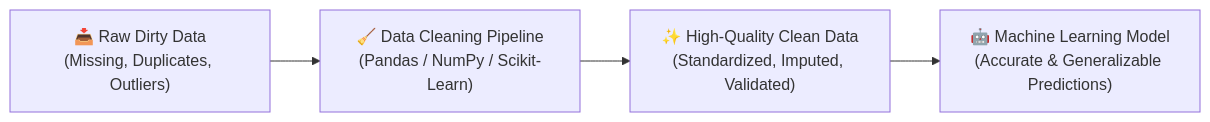
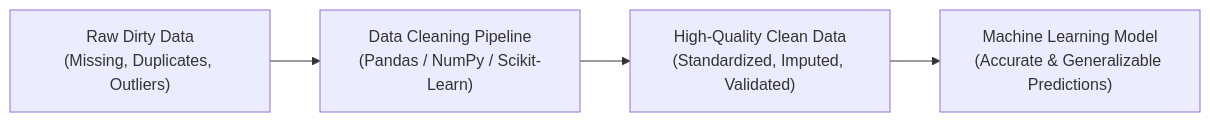
One commit to kuranne/CSTU40 changed the diagram in Year 2/Semester 1/CS240 - Data Science/Lectures/Data Cleaning.md. Above: the diagram before and after it, drawn with Mermaid. The commit also changed other lines of this file and 83 other files, not shown here.

````diff
--- a/Year 2/Semester 1/CS240 - Data Science/Lectures/Data Cleaning.md
+++ b/Year 2/Semester 1/CS240 - Data Science/Lectures/Data Cleaning.md
@@ -34,6 +34,6 @@
 ```mermaid
 flowchart LR
-    Raw["📥 Raw Dirty Data<br/>(Missing, Duplicates, Outliers)"] --> Cleaning["🧹 Data Cleaning Pipeline<br/>(Pandas / NumPy / Scikit-Learn)"]
-    Cleaning --> Clean["✨ High-Quality Clean Data<br/>(Standardized, Imputed, Validated)"]
-    Clean --> Modeling["🤖 Machine Learning Model<br/>(Accurate & Generalizable Predictions)"]
+    Raw["Raw Dirty Data<br/>(Missing, Duplicates, Outliers)"] --> Cleaning["Data Cleaning Pipeline<br/>(Pandas / NumPy / Scikit-Learn)"]
+    Cleaning --> Clean["High-Quality Clean Data<br/>(Standardized, Imputed, Validated)"]
+    Clean --> Modeling["Machine Learning Model<br/>(Accurate & Generalizable Predictions)"]
 ```
````
